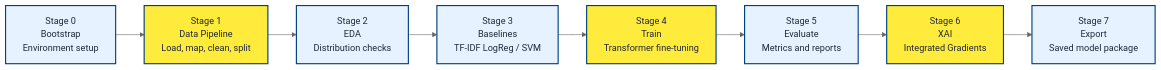
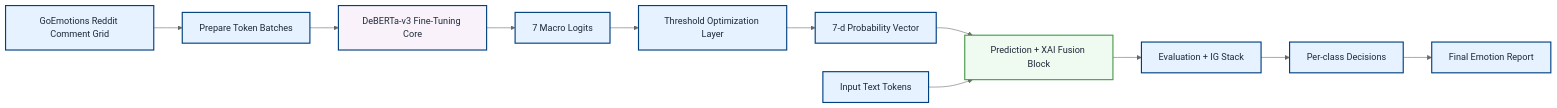
One commit to engrsakib/GoEmotions-RoBERTa-XAI changed the diagram in workflow_linear_diagram.mmd. Above: the diagram before and after it, drawn with Mermaid (neutral theme). The commit also changed 3 other files, not shown here.

```diff
--- a/workflow_linear_diagram.mmd
+++ b/workflow_linear_diagram.mmd
@@ -1,14 +1,19 @@
 flowchart LR
-    A["Stage 0<br/>Bootstrap<br/>Environment setup"] --> B["Stage 1<br/>Data Pipeline<br/>Load, map, clean, split"]
-    B --> C["Stage 2<br/>EDA<br/>Distribution checks"]
-    C --> D["Stage 3<br/>Baselines<br/>TF-IDF LogReg / SVM"]
-    D --> E["Stage 4<br/>Train<br/>Transformer fine-tuning"]
-    E --> F["Stage 5<br/>Evaluate<br/>Metrics and reports"]
-    F --> G["Stage 6<br/>XAI<br/>Integrated Gradients"]
-    G --> H["Stage 7<br/>Export<br/>Saved model package"]
+    A["GoEmotions Reddit Comment Grid"] --> B["Prepare Token Batches"]
+    B --> C["DeBERTa-v3 Fine-Tuning Core"]
+    C --> D["7 Macro Logits"]
+    D --> E["Threshold Optimization Layer"]
+    E --> F["7-d Probability Vector"]
+    F --> G["Prediction + XAI Fusion Block"]
+    H["Input Text Tokens"] --> G
+    G --> I["Evaluation + IG Stack"]
+    I --> J["Per-class Decisions"]
+    J --> K["Final Emotion Report"]
 
     classDef process fill:#E6F2FF,stroke:#004080,stroke-width:2px,color:#1F2937;
-    classDef innovation fill:#FFEB3B,stroke:#004080,stroke-width:2px,color:#1F2937;
+    classDef focus fill:#EFFAF1,stroke:#4C9B4C,stroke-width:2px,color:#1F2937;
+    classDef method fill:#F9F2FB,stroke:#004080,stroke-width:2px,color:#1F2937;
 
-    class A,C,D,F,H process;
-    class B,E,G innovation;
+    class A,B,D,E,F,H,I,J,K process;
+    class G focus;
+    class C method;
```
